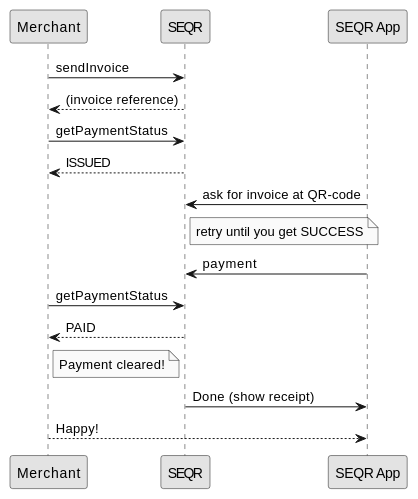
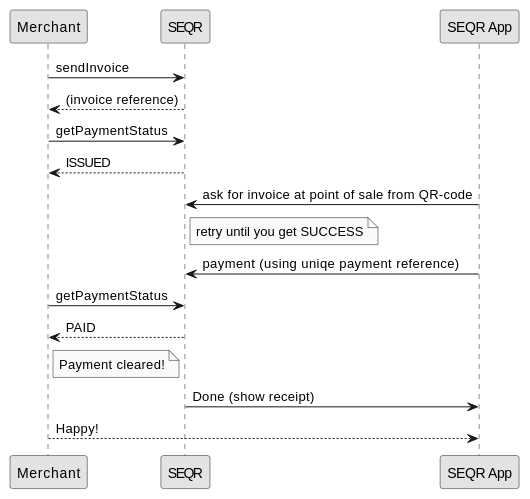
Before and after one commit to SeamlessDistribution/SeamlessDistribution.github.io: the diagram in merchant/payment/index.md, drawn with PlantUML.

```diff
--- a/merchant/payment/index.md
+++ b/merchant/payment/index.md
@@ -22,18 +22,18 @@
 @startuml
 skinparam monochrome true
 participant Merchant
 participant SEQR
 participant "SEQR App" as SEQRApp
 Merchant->SEQR: sendInvoice
 SEQR-->Merchant: (invoice reference)
 Merchant->SEQR: getPaymentStatus
 SEQR-->Merchant: ISSUED
-SEQRApp->SEQR: ask for invoice at QR-code
+SEQRApp->SEQR: ask for invoice at point of sale from QR-code 
 Note right of SEQR: retry until you get SUCCESS
-SEQRApp->SEQR: payment
+SEQRApp->SEQR: payment (using uniqe payment reference)
 Merchant->SEQR: getPaymentStatus
 SEQR-->Merchant: PAID
 Note right of Merchant: Payment cleared!
 SEQR->SEQRApp: Done (show receipt)
 Merchant-->SEQRApp: Happy!
 @enduml
```
